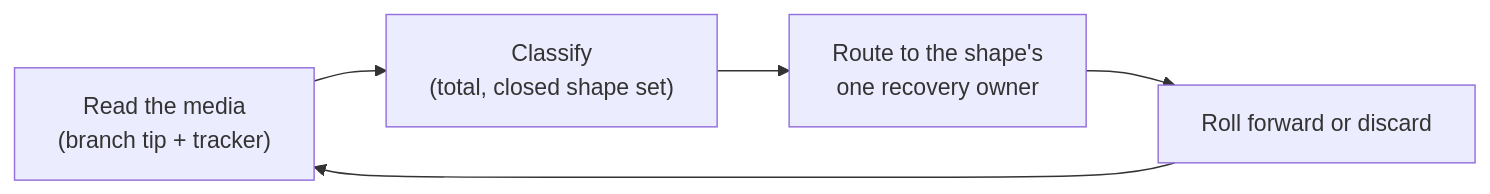
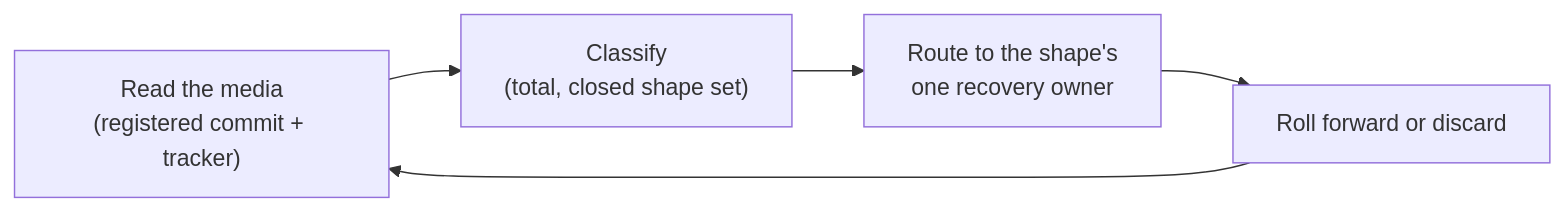
One commit to oinsio/gnomish-factory changed the first of 2 diagrams in docs/adr/0003-crash-consistency.md. Above: the diagram before and after it, drawn with Mermaid. The commit also changed other lines of this file and 309 other files, not shown here.

````diff
--- a/docs/adr/0003-crash-consistency.md
+++ b/docs/adr/0003-crash-consistency.md
@@ -36,7 +38,7 @@
 ```mermaid
 flowchart LR
-    W["Read the media<br/>(branch tip + tracker)"] --> C["Classify<br/>(total, closed shape set)"]
+    W["Read the media<br/>(registered commit + tracker)"] --> C["Classify<br/>(total, closed shape set)"]
     C --> O["Route to the shape's<br/>one recovery owner"]
     O --> A["Roll forward or discard"]
     A --> W
 ```
````
